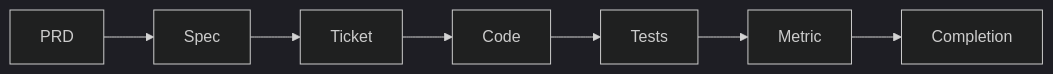
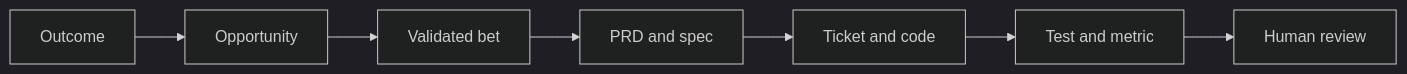
One commit to GhostlyGawd/agentic-dev-os changed the diagram in README.md. Above: the diagram before and after it, drawn with Mermaid (dark theme). The commit also changed other lines of this file and 82 other files, not shown here.

````diff
--- a/README.md
+++ b/README.md
@@ -7,9 +7,9 @@
 ```mermaid
 flowchart LR
-    A[PRD] --> B[Spec]
-    B --> C[Ticket]
-    C --> D[Code]
-    D --> E[Tests]
-    E --> F[Metric]
-    F --> G[Completion]
+    A[Outcome] --> B[Opportunity]
+    B --> C[Validated bet]
+    C --> D[PRD and spec]
+    D --> E[Ticket and code]
+    E --> F[Test and metric]
+    F --> G[Human review]
 ```
````
